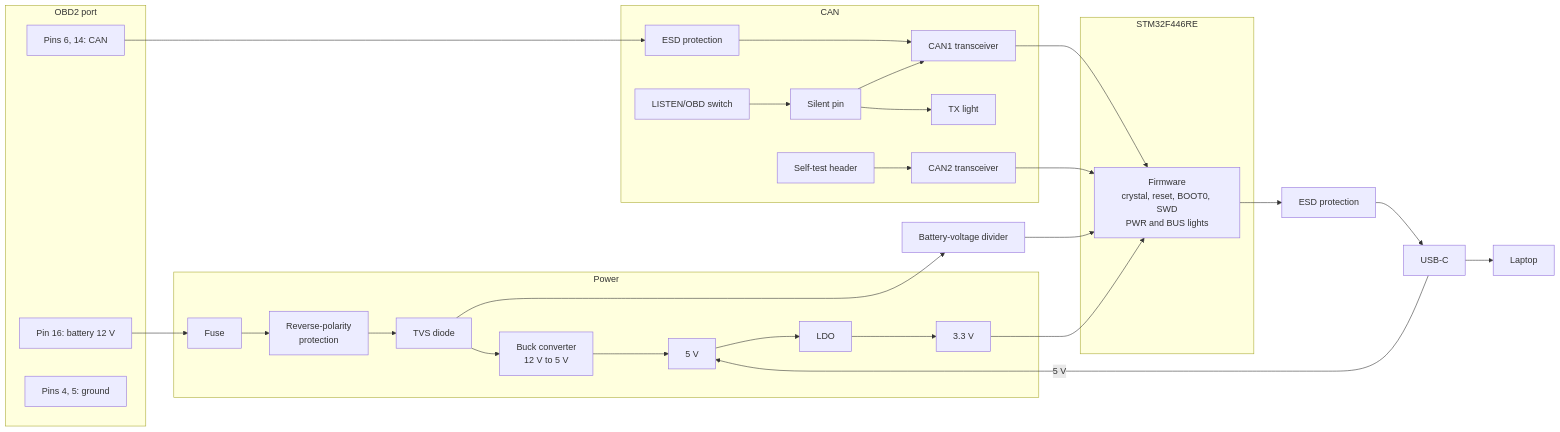
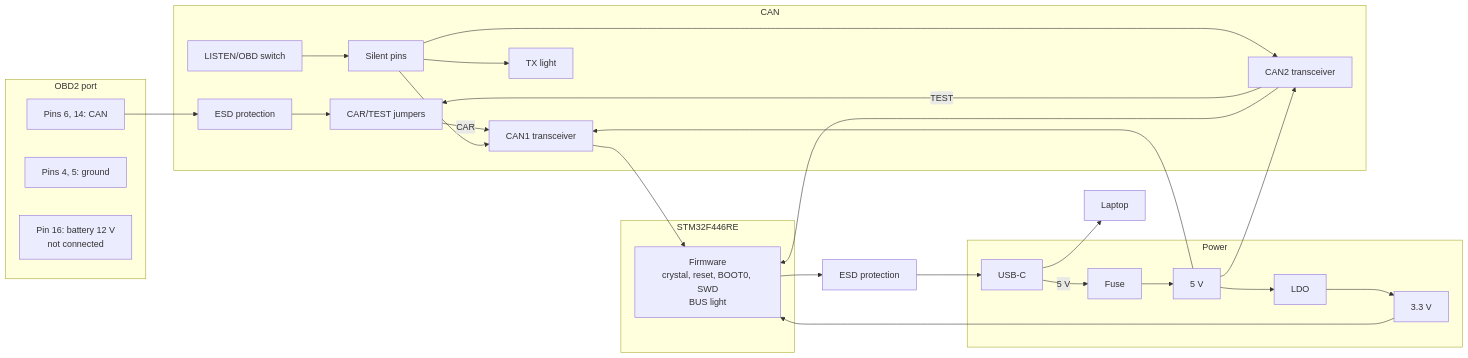
Before and after one commit to ka5j/obd2-sniffer: the diagram in docs/design/circuit-board.md, drawn with Mermaid. The commit also changed other lines of this file and 7 other files, not shown here.

````diff
--- a/docs/design/circuit-board.md
+++ b/docs/design/circuit-board.md
@@ -38,30 +42,31 @@
 ```mermaid
 flowchart LR
     subgraph Port["OBD2 port"]
-        P16["Pin 16: battery 12 V"]
         CANP["Pins 6, 14: CAN"]
         GND["Pins 4, 5: ground"]
+        P16["Pin 16: battery 12 V<br/>not connected"]
     end
     subgraph Power["Power"]
-        P16 --> Fuse["Fuse"] --> Rev["Reverse-polarity<br/>protection"] --> TVS["TVS diode"] --> Buck["Buck converter<br/>12 V to 5 V"]
-        Buck --> Rail5["5 V"]
+        USBC["USB-C"] -- "5 V" --> Fuse["Fuse"] --> Rail5["5 V"]
         Rail5 --> LDO["LDO"] --> Rail3["3.3 V"]
     end
     subgraph CANBlock["CAN"]
-        CANP --> ESD1["ESD protection"] --> X1["CAN1 transceiver"]
-        Switch["LISTEN/OBD switch"] --> Silent["Silent pin"]
+        CANP --> ESD1["ESD protection"] --> Sel["CAR/TEST jumpers"]
+        Sel -- "CAR" --> X1["CAN1 transceiver"]
+        X2["CAN2 transceiver"] -- "TEST" --> Sel
+        Switch["LISTEN/OBD switch"] --> Silent["Silent pins"]
         Silent --> X1
+        Silent --> X2
         Silent --> TXL["TX light"]
-        Test["Self-test header"] --> X2["CAN2 transceiver"]
     end
     subgraph MCU["STM32F446RE"]
-        Core["Firmware<br/>crystal, reset, BOOT0, SWD<br/>PWR and BUS lights"]
+        Core["Firmware<br/>crystal, reset, BOOT0, SWD<br/>BUS light"]
     end
     X1 --> Core
     X2 --> Core
-    Core --> ESD2["ESD protection"] --> USBC["USB-C"]
-    USBC -- "5 V" --> Rail5
+    Core --> ESD2["ESD protection"] --> USBC
     USBC --> Laptop["Laptop"]
-    TVS --> Div["Battery-voltage divider"] --> Core
+    Rail5 --> X1
+    Rail5 --> X2
     Rail3 --> Core
 ```
````
